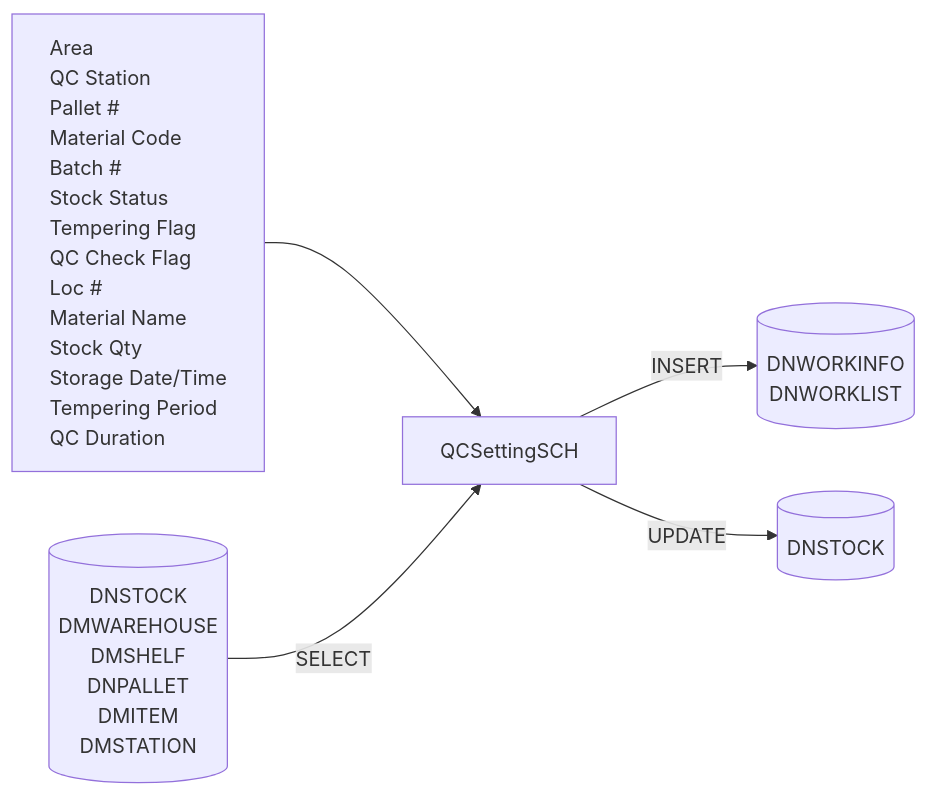
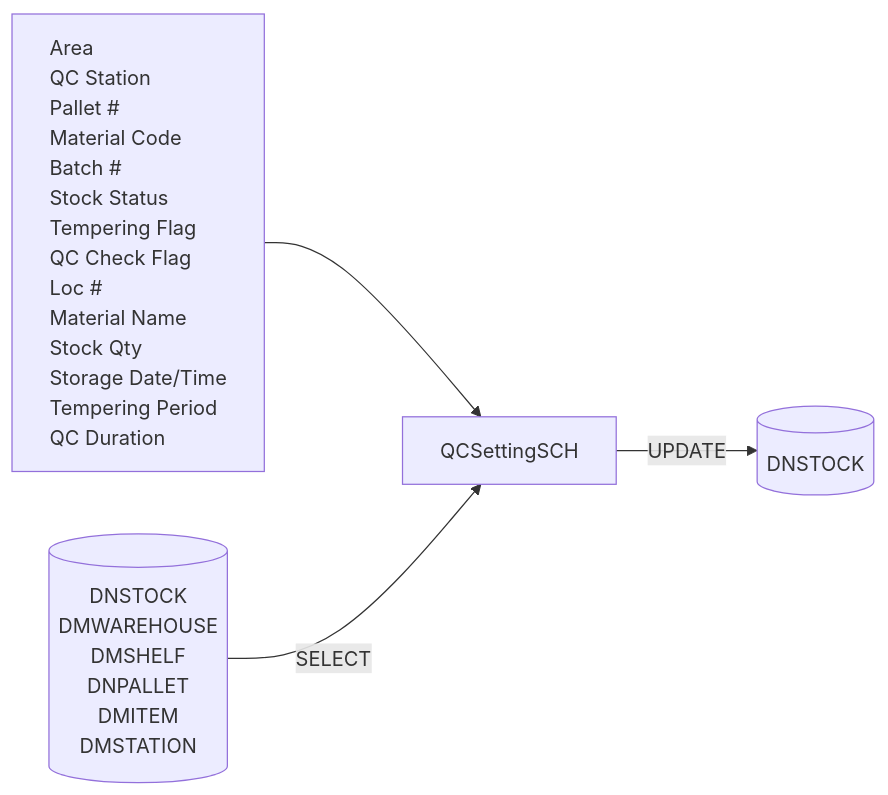
The second of 15 diagrams in Basic-Design/DFD-WMS/Retrieval/QC-Setting/Update-QC-Status.md (luthfiadityaa/SimeDarby-Wiki), drawn with Mermaid before and after one commit.

Commit message:
Updated Update QC Status

```diff
--- a/Basic-Design/DFD-WMS/Retrieval/QC-Setting/Update-QC-Status.md
+++ b/Basic-Design/DFD-WMS/Retrieval/QC-Setting/Update-QC-Status.md
@@ -50,46 +50,40 @@
 ::: mermaid
 flowchart LR
     input[
         Area
         QC Station
         Pallet #
         Material Code
         Batch #
         Stock Status
         Tempering Flag
         QC Check Flag
         Loc #
         Material Name
         Stock Qty
         Storage Date/Time
         Tempering Period
         QC Duration
     ]
 
-    tableList-insert[("
-        DNWORKINFO
-        DNWORKLIST
-    ")]
-
      tableList-update[("
         DNSTOCK
     ")]
 
      tableList-select[("
         DNSTOCK
         DMWAREHOUSE
         DMSHELF
         DNPALLET
         DMITEM
         DMSTATION
     ")]
 
-    className[QCSettingSCH]
+    input-->className[QCSettingSCH]
 
-    input --> className --> |INSERT| tableList-insert
     tableList-select --> |SELECT| className
     className --> |UPDATE| tableList-update
 
     classDef leftAlign text-align:left;
     class input leftAlign;
 :::
```
